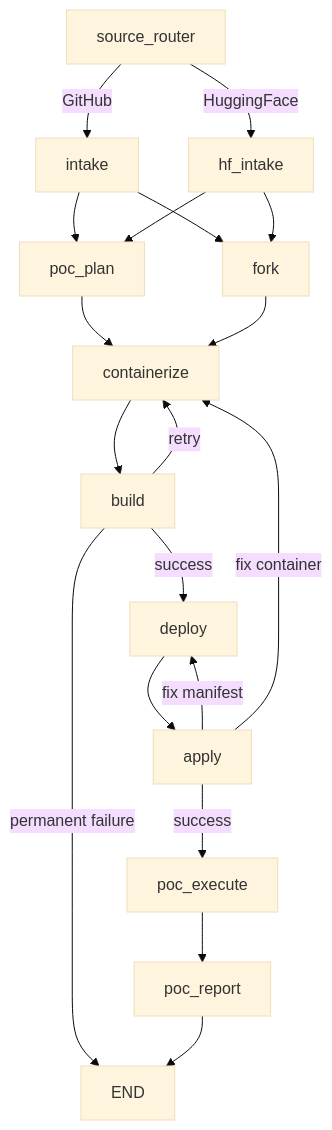
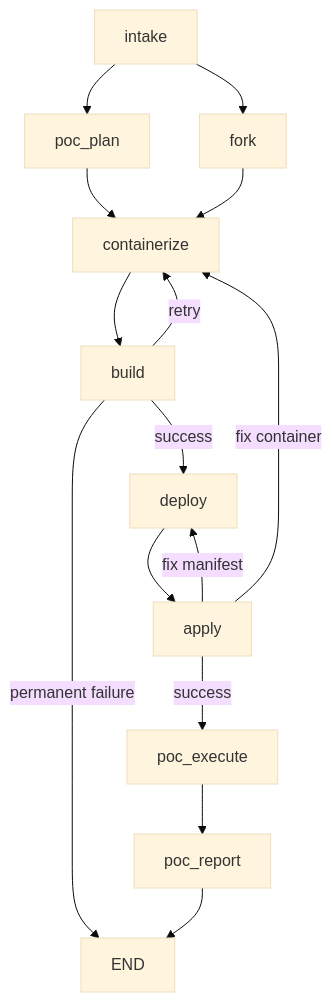
One commit to aicatalyst-team/autopoc changed the diagram in README.md. Above: the diagram before and after it, drawn with Mermaid (base theme). The commit also changed other lines of this file, not shown here.

````diff
--- a/README.md
+++ b/README.md
@@ -148,21 +162,17 @@
 ```mermaid
 graph TD;
-    source_router -->|GitHub| intake;
-    source_router -->|HuggingFace| hf_intake;
     intake --> poc_plan;
     intake --> fork;
-    hf_intake --> poc_plan;
-    hf_intake --> fork;
     poc_plan --> containerize;
     fork --> containerize;
     containerize --> build;
     build -->|success| deploy;
     build -->|retry| containerize;
     build -->|permanent failure| END;
     deploy --> apply;
     apply -->|success| poc_execute;
     apply -->|fix manifest| deploy;
     apply -->|fix container| containerize;
     poc_execute --> poc_report;
     poc_report --> END;
 ```
````
